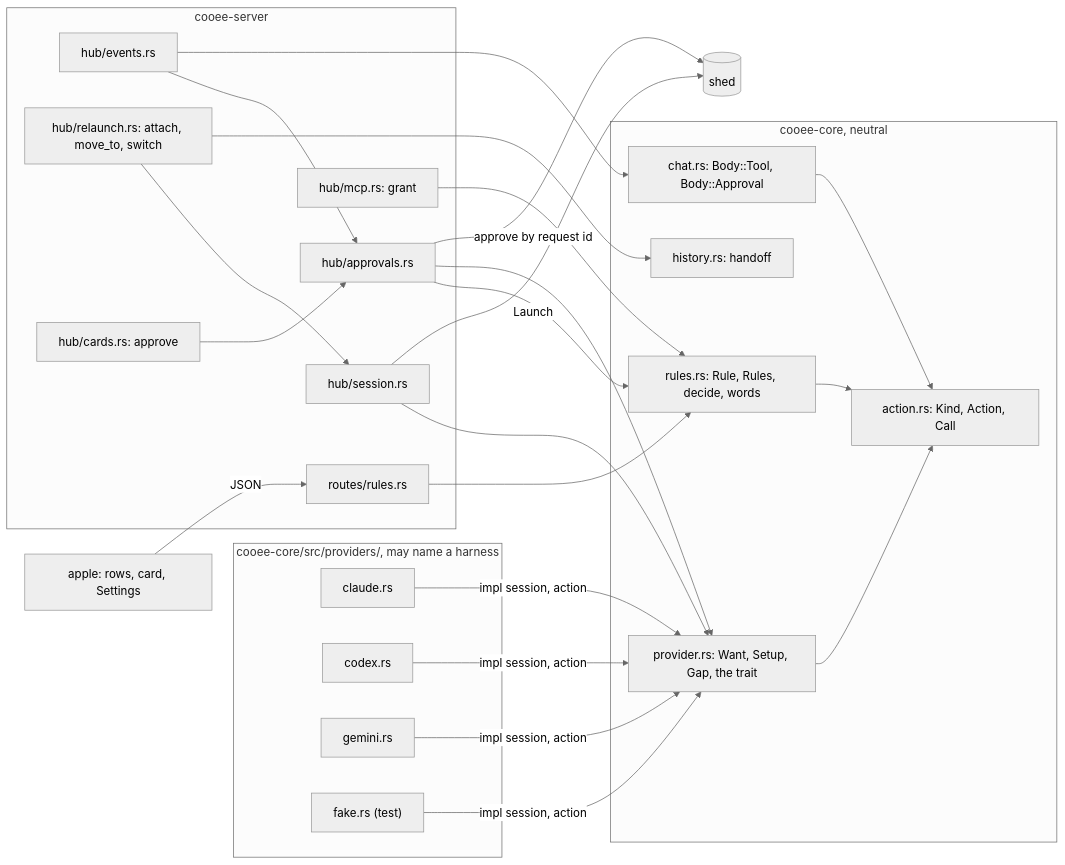
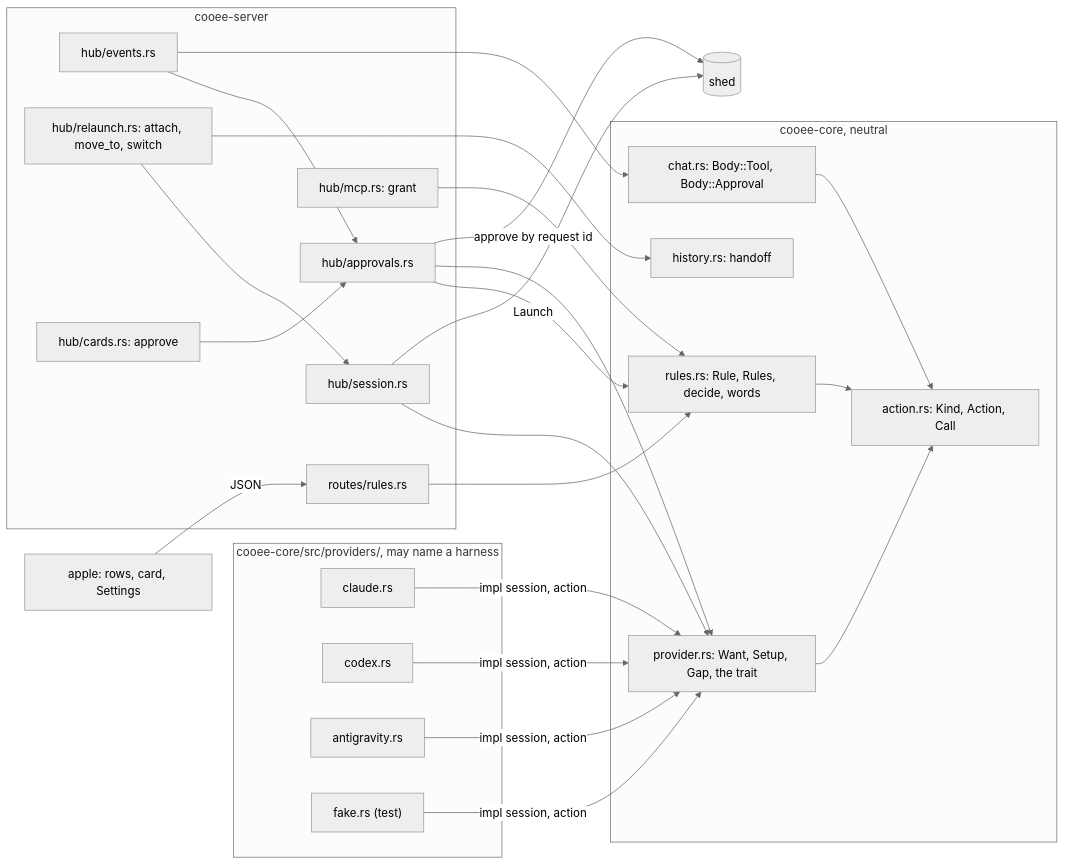
The first of 3 diagrams in docs/architecture/provider-contract/boundaries.md (jirathip-dev/cooee), drawn with Mermaid (neutral theme) before and after one commit. The commit also changed 26 other files, not shown here.

Commit message:
providers: Antigravity replaces Gemini (antigravity.rs) (#783)

````diff
--- a/docs/architecture/provider-contract/boundaries.md
+++ b/docs/architecture/provider-contract/boundaries.md
@@ -5,29 +5,29 @@
 ```mermaid
 flowchart LR
   subgraph core[cooee-core, neutral]
     provider[provider.rs: Want, Setup, Gap, the trait]
     action[action.rs: Kind, Action, Call]
     rules[rules.rs: Rule, Rules, decide, words]
     chat[chat.rs: Body::Tool, Body::Approval]
     history[history.rs: handoff]
     provider --> action
     rules --> action
     chat --> action
   end
   subgraph named[cooee-core/src/providers/, may name a harness]
-    claude[claude.rs] & codex[codex.rs] & gemini[gemini.rs] & fake["fake.rs (test)"]
+    claude[claude.rs] & codex[codex.rs] & antigravity[antigravity.rs] & fake["fake.rs (test)"]
   end
-  claude & codex & gemini & fake -- impl session, action --> provider
+  claude & codex & antigravity & fake -- impl session, action --> provider
   subgraph server[cooee-server]
     session[hub/session.rs] --> provider
     approvals[hub/approvals.rs] --> rules & provider
     events[hub/events.rs] --> approvals & chat
     relaunch[hub/relaunch.rs: attach, move_to, switch] --> session & history
     mcp[hub/mcp.rs: grant] --> rules
     routes[routes/rules.rs] --> rules
     cards[hub/cards.rs: approve] --> approvals
   end
   approvals -- approve by request id --> shed[(shed)]
   session -- Launch --> shed
   apple[apple: rows, card, Settings] -- JSON --> routes
 ```
````
